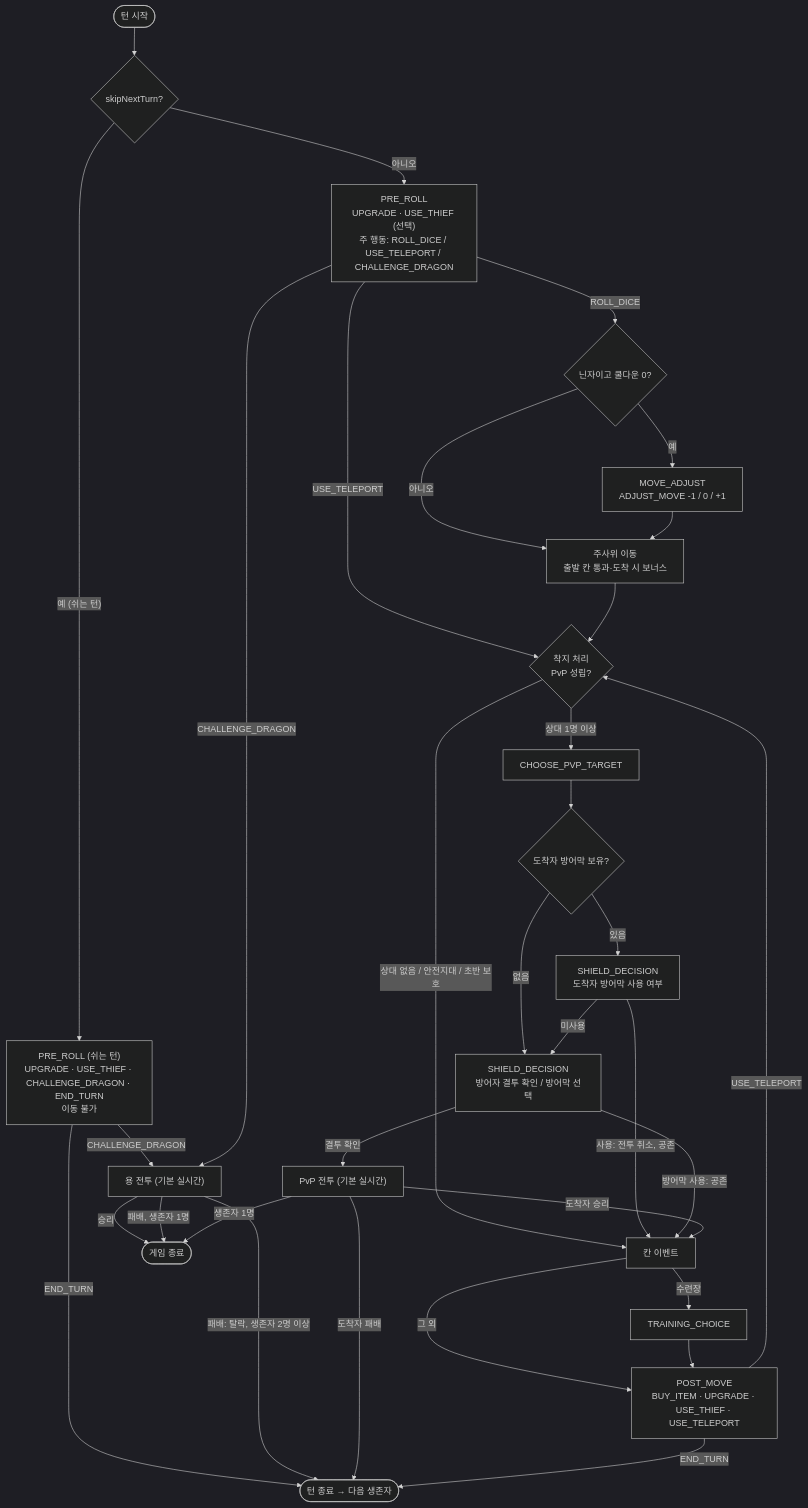
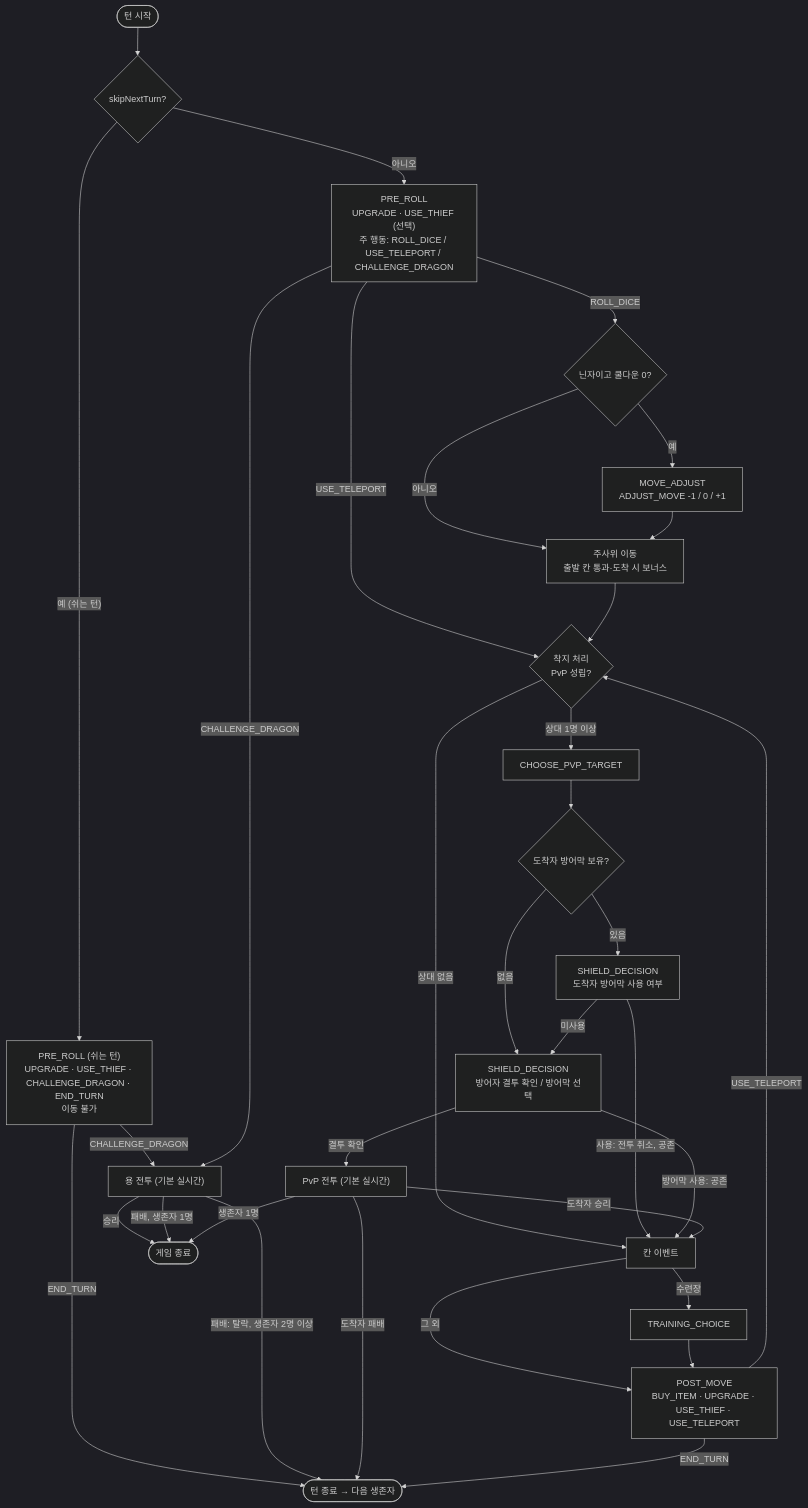
The diagram in docs/game-design.md (KR-penguin/Dragon-Rush), drawn with Mermaid (dark theme) before and after one commit. The commit also changed other lines of this file and 15 other files, not shown here.

````diff
--- a/docs/game-design.md
+++ b/docs/game-design.md
@@ -151,54 +151,54 @@
 ```mermaid
 flowchart TD
   ts(["턴 시작"])
   skipQ{"skipNextTurn?"}
   pre["PRE_ROLL<br/>UPGRADE · USE_THIEF (선택)<br/>주 행동: ROLL_DICE / USE_TELEPORT / CHALLENGE_DRAGON"]
   dragonFight["용 전투 (기본 실시간)"]
   adjQ{"닌자이고 쿨다운 0?"}
   adj["MOVE_ADJUST<br/>ADJUST_MOVE -1 / 0 / +1"]
   move["주사위 이동<br/>출발 칸 통과·도착 시 보너스"]
   land{"착지 처리<br/>PvP 성립?"}
   target["CHOOSE_PVP_TARGET"]
   shieldQ{"도착자 방어막 보유?"}
   shield["SHIELD_DECISION<br/>도착자 방어막 사용 여부"]
   defender["SHIELD_DECISION<br/>방어자 결투 확인 / 방어막 선택"]
   duel["PvP 전투 (기본 실시간)"]
   tile["칸 이벤트"]
   train["TRAINING_CHOICE"]
   post["POST_MOVE<br/>BUY_ITEM · UPGRADE · USE_THIEF · USE_TELEPORT"]
   turnEnd(["턴 종료 → 다음 생존자"])
   gameEnd(["게임 종료"])
 
   ts --> skipQ
   skipQ -->|"예 (쉬는 턴)"| rest["PRE_ROLL (쉬는 턴)<br/>UPGRADE · USE_THIEF · CHALLENGE_DRAGON · END_TURN<br/>이동 불가"]
   rest -->|"END_TURN"| turnEnd
   rest -->|"CHALLENGE_DRAGON"| dragonFight
   skipQ -->|"아니오"| pre
   pre -->|"CHALLENGE_DRAGON"| dragonFight
   dragonFight -->|"승리"| gameEnd
   dragonFight -->|"패배: 탈락, 생존자 2명 이상"| turnEnd
   dragonFight -->|"패배, 생존자 1명"| gameEnd
   pre -->|"ROLL_DICE"| adjQ
   adjQ -->|"예"| adj
   adjQ -->|"아니오"| move
   adj --> move
   pre -->|"USE_TELEPORT"| land
   move --> land
   land -->|"상대 1명 이상"| target
-  land -->|"상대 없음 / 안전지대 / 초반 보호"| tile
+  land -->|"상대 없음"| tile
   target --> shieldQ
   shieldQ -->|"있음"| shield
   shieldQ -->|"없음"| defender
   shield -->|"사용: 전투 취소, 공존"| tile
   shield -->|"미사용"| defender
   defender -->|"방어막 사용: 공존"| tile
   defender -->|"결투 확인"| duel
   duel -->|"도착자 승리"| tile
   duel -->|"도착자 패배"| turnEnd
   duel -->|"생존자 1명"| gameEnd
   tile -->|"수련장"| train
   tile -->|"그 외"| post
   train --> post
   post -->|"USE_TELEPORT"| land
   post -->|"END_TURN"| turnEnd
 ```
````
